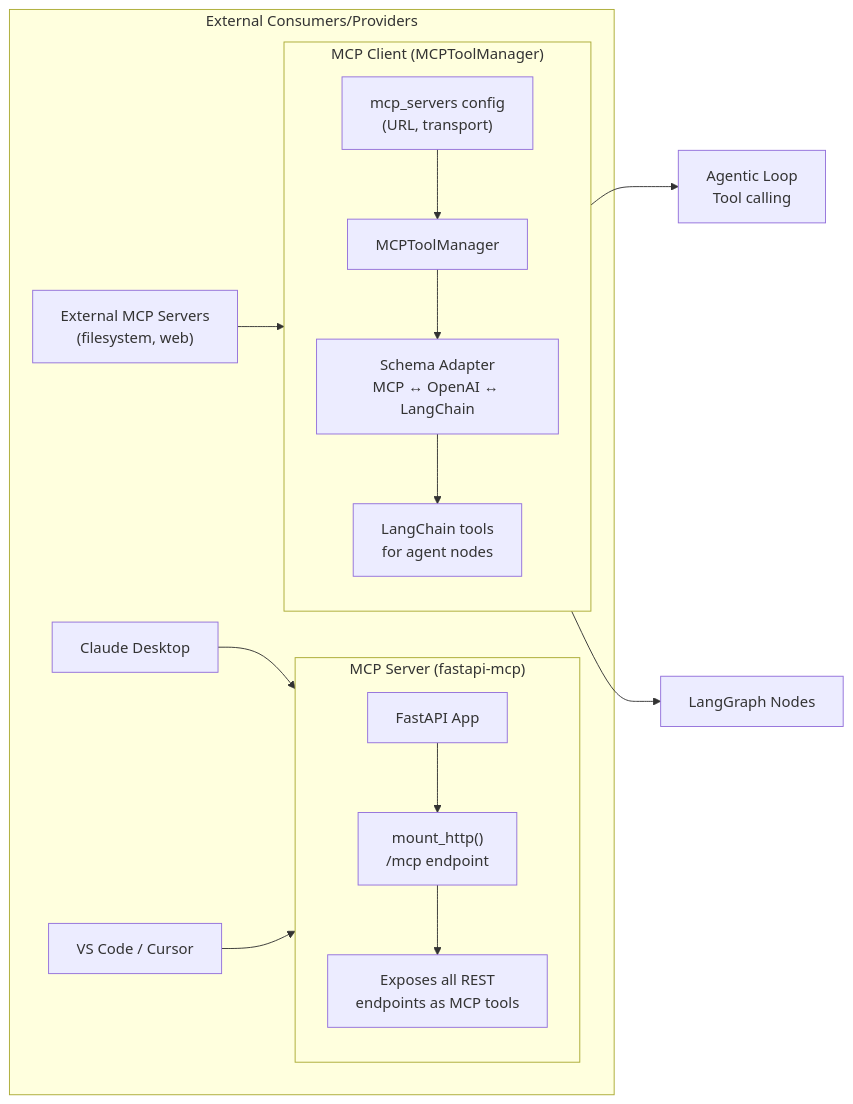
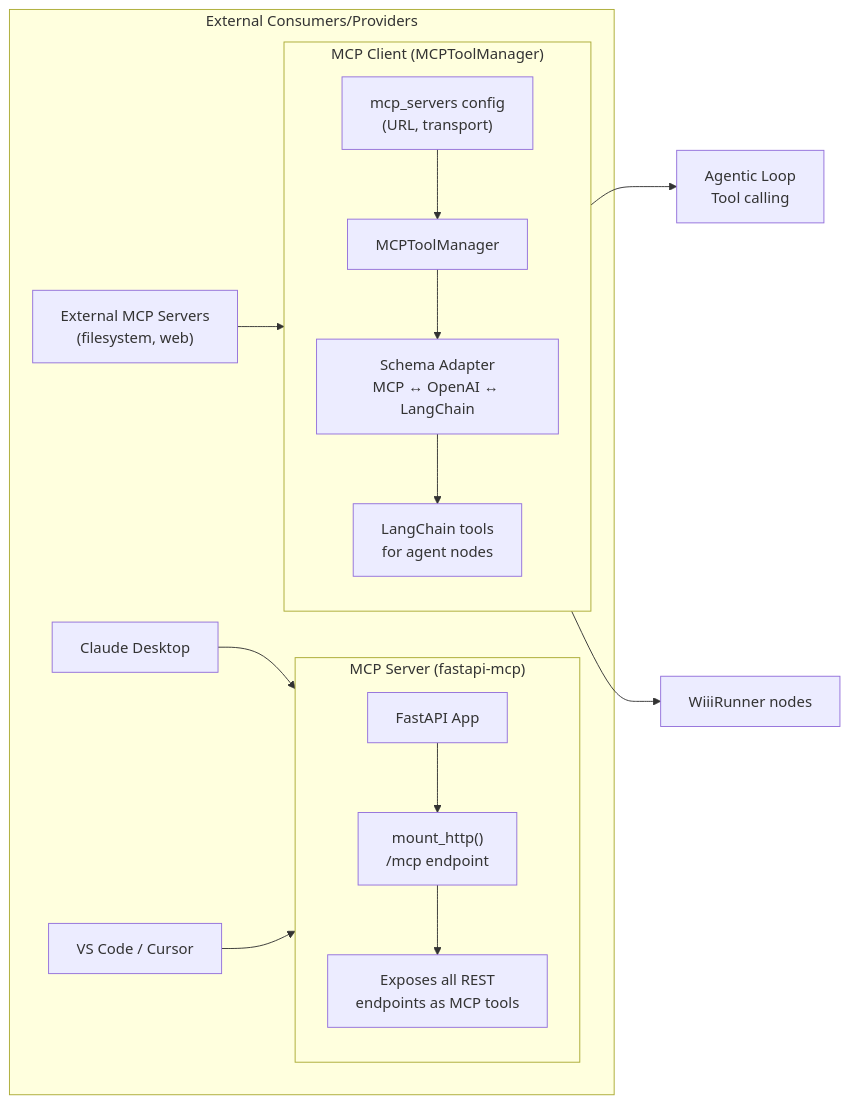
Diagram 11 of 20 in maritime-ai-service/docs/architecture/SYSTEM_FLOW.md (meiiie/wiii), drawn with Mermaid before and after one commit. The commit also changed other lines of this file and 18 other files, not shown here.

First line of the commit message:
docs: align architecture with WiiiRunner runtime (#143)

````diff
--- a/maritime-ai-service/docs/architecture/SYSTEM_FLOW.md
+++ b/maritime-ai-service/docs/architecture/SYSTEM_FLOW.md
@@ -714,22 +712,22 @@
 ```mermaid
 flowchart LR
     subgraph Server["MCP Server (fastapi-mcp)"]
         FAPI["FastAPI App"] --> MOUNT["mount_http()<br/>/mcp endpoint"]
         MOUNT --> EXPOSE["Exposes all REST<br/>endpoints as MCP tools"]
     end
 
     subgraph Client["MCP Client (MCPToolManager)"]
         CONFIG["mcp_servers config<br/>(URL, transport)"] --> MGR["MCPToolManager"]
         MGR --> ADAPT["Schema Adapter<br/>MCP ↔ OpenAI ↔ LangChain"]
         ADAPT --> TOOLS["LangChain tools<br/>for agent nodes"]
     end
 
     subgraph External["External Consumers/Providers"]
         CLAUDE["Claude Desktop"] --> Server
         VSCODE["VS Code / Cursor"] --> Server
         EXT_MCP["External MCP Servers<br/>(filesystem, web)"] --> Client
     end
 
     Client --> ALOOP["Agentic Loop<br/>Tool calling"]
-    Client --> GRAPH["LangGraph Nodes"]
+    Client --> GRAPH["WiiiRunner nodes"]
 ```
````
